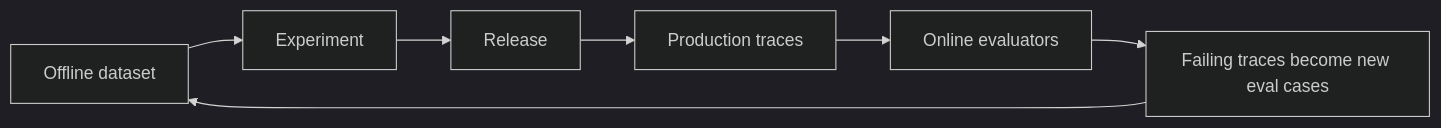
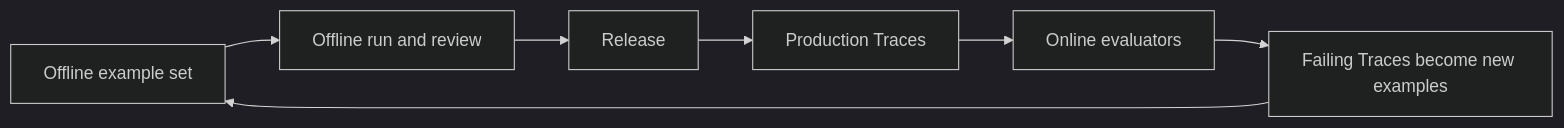
Before and after one commit to naren-allam/agents-beginners: the seventh of 14 diagrams in book/chapters/chapter-04-ensuring-safe-and-responsible-agentic-ai.md, drawn with Mermaid (dark theme). The commit also changed other lines of this file and 28 other files, not shown here.

````diff
--- a/book/chapters/chapter-04-ensuring-safe-and-responsible-agentic-ai.md
+++ b/book/chapters/chapter-04-ensuring-safe-and-responsible-agentic-ai.md
@@ -212,16 +211,16 @@
 ```mermaid
 flowchart LR
-    Dataset["Offline dataset"]
-    Experiment["Experiment"]
+    Dataset["Offline example set"]
+    Experiment["Offline run and review"]
     Release["Release"]
-    Production["Production traces"]
+    Production["Production Traces"]
     OnlineEval["Online evaluators"]
-    Feedback["Failing traces become new eval cases"]
+    Feedback["Failing Traces become new examples"]
 
     Dataset --> Experiment
     Experiment --> Release
     Release --> Production
     Production --> OnlineEval
     OnlineEval --> Feedback
     Feedback --> Dataset
 ```
````
